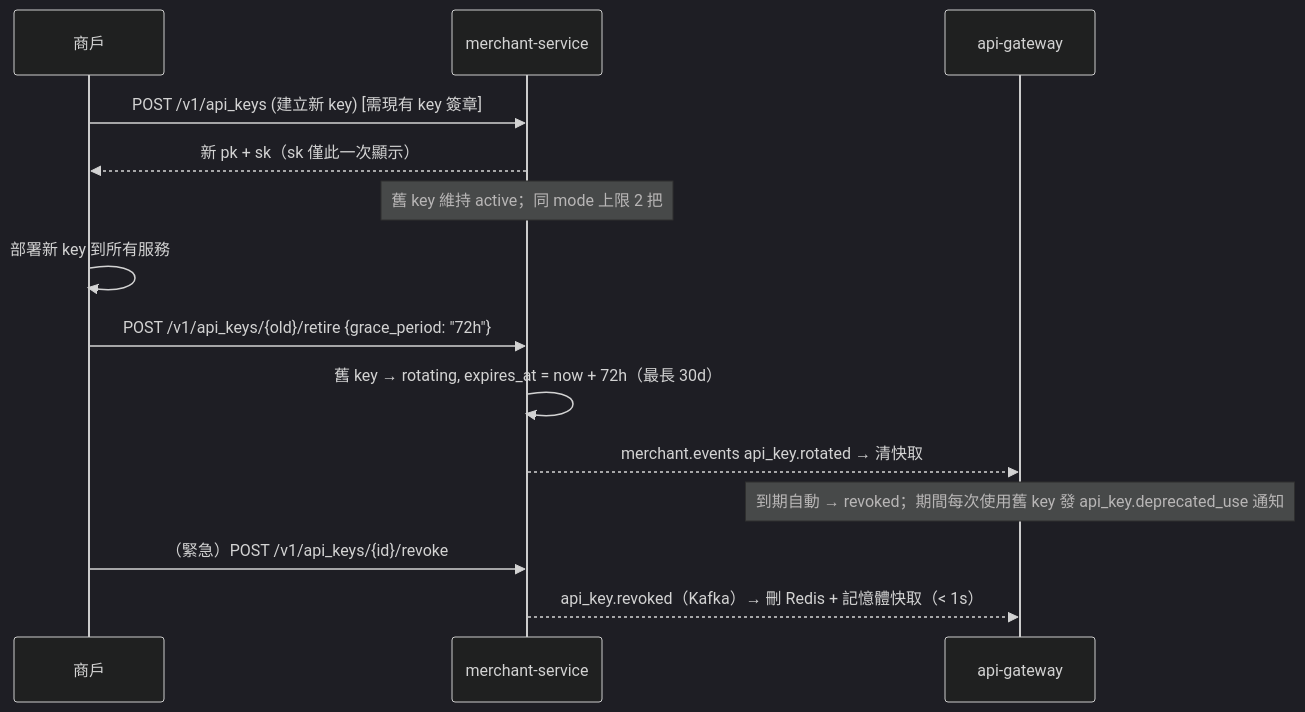
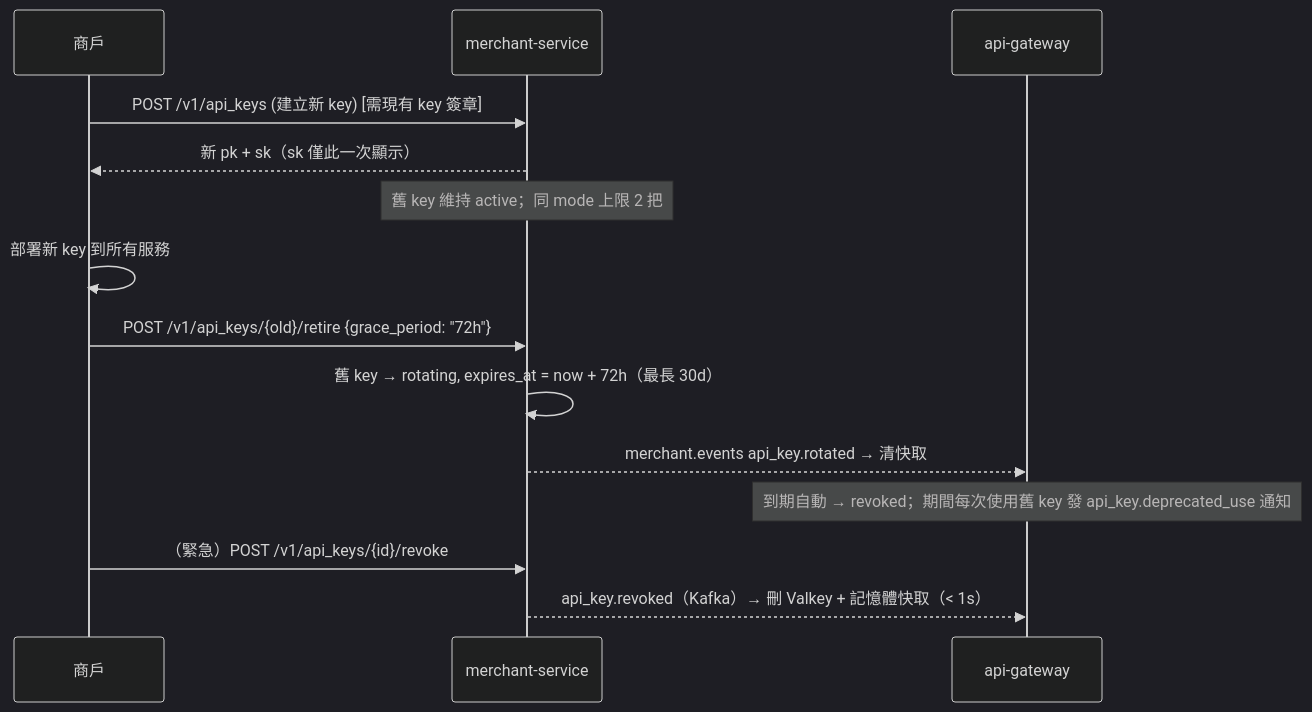
The second of 5 diagrams in docs/06-security-compliance.md (tenghongzou/PaymentGateway), drawn with Mermaid (dark theme) before and after one commit. The commit also changed other lines of this file and 41 other files, not shown here.

First line of the commit message:
P0: replace Redis with Valkey across code, deploy, CI and docs (ADR-0013)

````diff
--- a/docs/06-security-compliance.md
+++ b/docs/06-security-compliance.md
@@ -215,16 +215,16 @@
 ```mermaid
 sequenceDiagram
     participant M as 商戶
     participant MS as merchant-service
     participant GW as api-gateway
     M->>MS: POST /v1/api_keys (建立新 key)  [需現有 key 簽章]
     MS-->>M: 新 pk + sk（sk 僅此一次顯示）
     Note over MS: 舊 key 維持 active；同 mode 上限 2 把
     M->>M: 部署新 key 到所有服務
     M->>MS: POST /v1/api_keys/{old}/retire {grace_period: "72h"}
     MS->>MS: 舊 key → rotating, expires_at = now + 72h（最長 30d）
     MS-->>GW: merchant.events api_key.rotated → 清快取
     Note over GW: 到期自動 → revoked；期間每次使用舊 key 發 api_key.deprecated_use 通知
     M->>MS: （緊急）POST /v1/api_keys/{id}/revoke
-    MS-->>GW: api_key.revoked（Kafka）→ 刪 Redis + 記憶體快取（< 1s）
+    MS-->>GW: api_key.revoked（Kafka）→ 刪 Valkey + 記憶體快取（< 1s）
 ```
````
